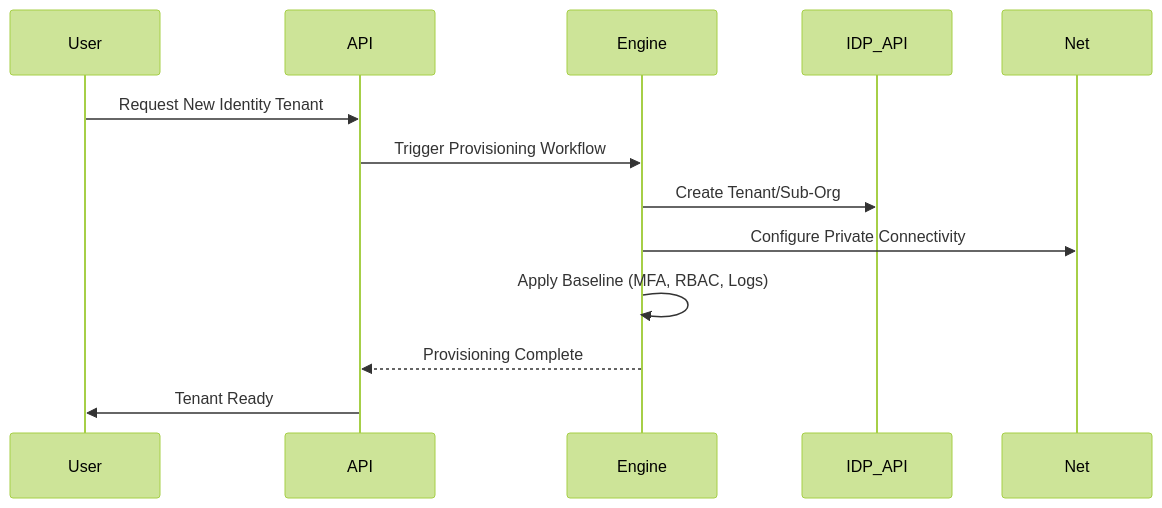
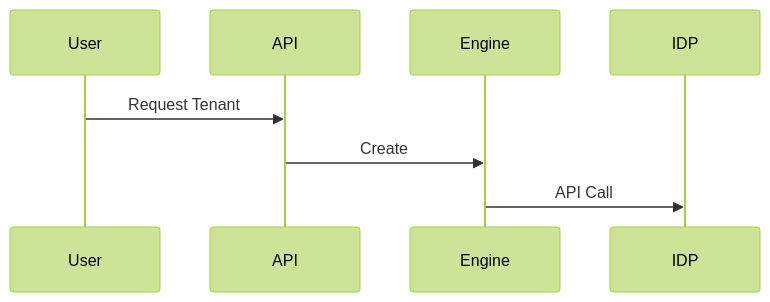
Before and after one commit to Devopstrio/identity-landingzone: the third of 30 diagrams in README.md, drawn with Mermaid (forest theme). The commit also changed other lines of this file, not shown here.

Commit message:
docs: expand README with 30+ architectural diagrams

````diff
--- a/README.md
+++ b/README.md
@@ -103,16 +46,6 @@
 ```mermaid
 sequenceDiagram
-    participant User
-    participant API
-    participant Engine
-    participant IDP_API
-    participant Net
-
-    User->>API: Request New Identity Tenant
-    API->>Engine: Trigger Provisioning Workflow
-    Engine->>IDP_API: Create Tenant/Sub-Org
-    Engine->>Net: Configure Private Connectivity
-    Engine->>Engine: Apply Baseline (MFA, RBAC, Logs)
-    Engine-->>API: Provisioning Complete
-    API->>User: Tenant Ready
+    User->>API: Request Tenant
+    API->>Engine: Create
+    Engine->>IDP: API Call
 ```
````
